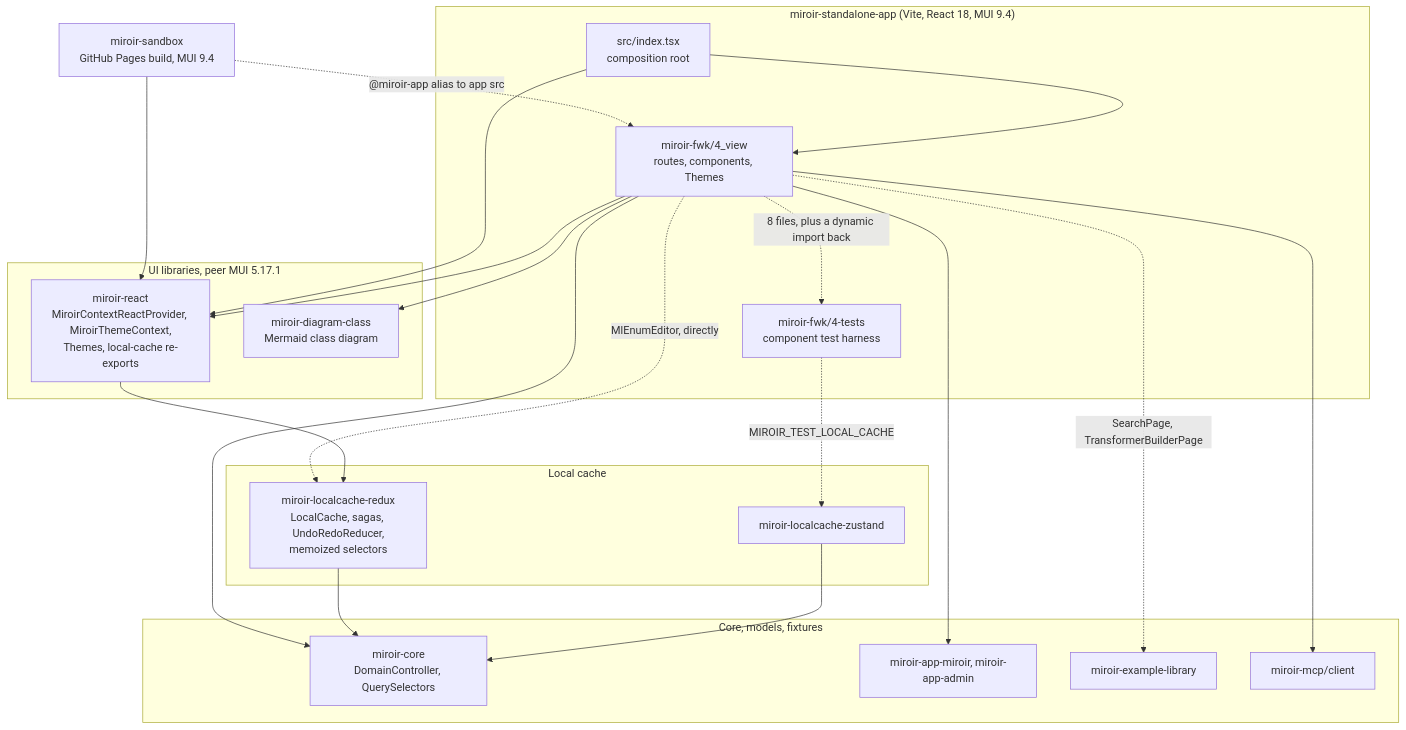
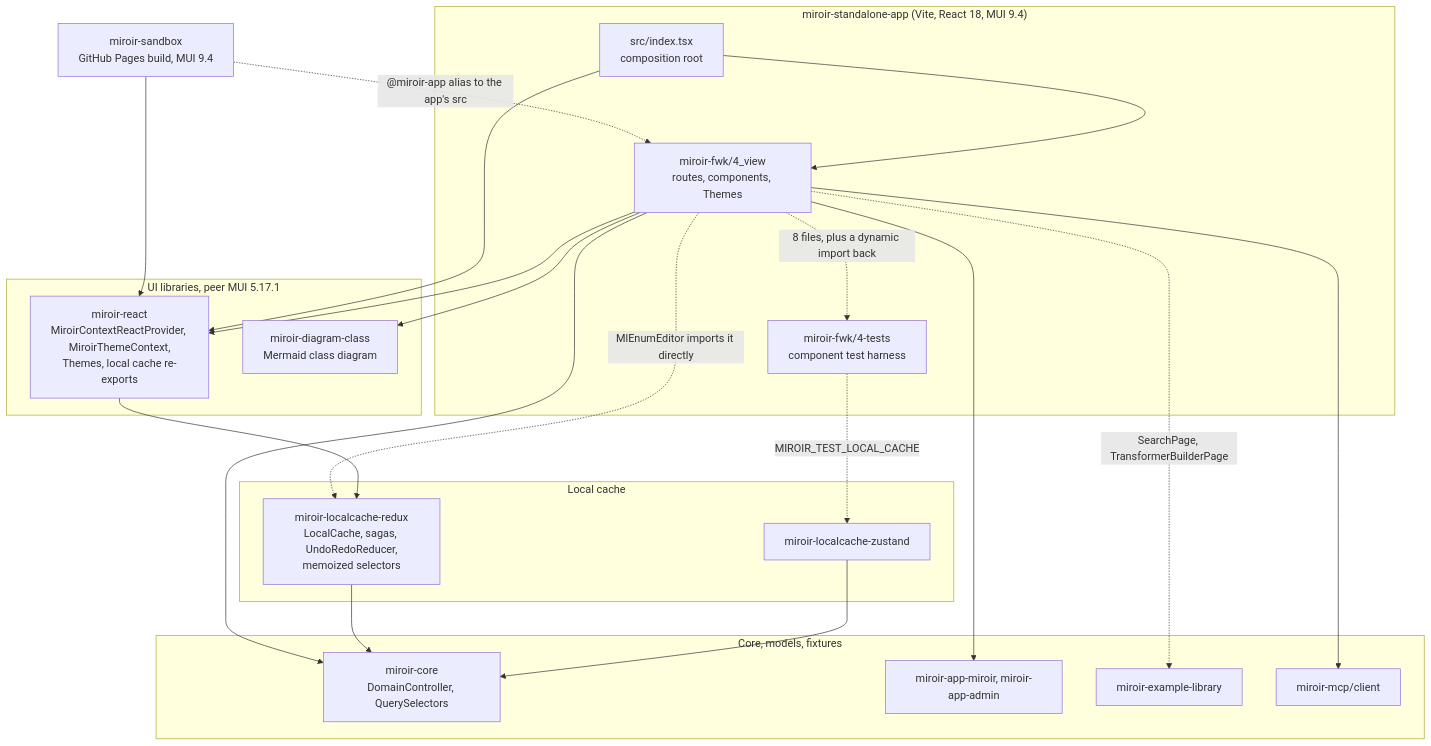
Before and after one commit to miroir-framework/miroir: the first of 7 diagrams in code-helpers/analyses/2026-10-06-UI structure/analysis.md, drawn with Mermaid. The commit also changed other lines of this file and 1 other file, not shown here.

First line of the commit message:
Rewrite the UI architecture review in plain language

````diff
--- a/code-helpers/analyses/2026-10-06-UI structure/analysis.md
+++ b/code-helpers/analyses/2026-10-06-UI structure/analysis.md
@@ -29,39 +31,39 @@
 ```mermaid
 flowchart TB
   sandbox["miroir-sandbox<br/>GitHub Pages build, MUI 9.4"]
   subgraph app["miroir-standalone-app (Vite, React 18, MUI 9.4)"]
     entry["src/index.tsx<br/>composition root"]
     view["miroir-fwk/4_view<br/>routes, components, Themes"]
     tests["miroir-fwk/4-tests<br/>component test harness"]
   end
   subgraph uilibs["UI libraries, peer MUI 5.17.1"]
-    react["miroir-react<br/>MiroirContextReactProvider, MiroirThemeContext,<br/>Themes, local-cache re-exports"]
+    react["miroir-react<br/>MiroirContextReactProvider, MiroirThemeContext,<br/>Themes, local cache re-exports"]
     diag["miroir-diagram-class<br/>Mermaid class diagram"]
   end
   subgraph cache["Local cache"]
     lcr["miroir-localcache-redux<br/>LocalCache, sagas, UndoRedoReducer,<br/>memoized selectors"]
     lcz["miroir-localcache-zustand"]
   end
   subgraph base["Core, models, fixtures"]
     core["miroir-core<br/>DomainController, QuerySelectors"]
     models["miroir-app-miroir, miroir-app-admin"]
     lib["miroir-example-library"]
     mcp["miroir-mcp/client"]
   end
   sandbox --> react
-  sandbox -. "@miroir-app alias to app src" .-> view
+  sandbox -. "@miroir-app alias to the app's src" .-> view
   entry --> view
   entry --> react
   view -. "8 files, plus a dynamic import back" .-> tests
   view --> react
   view --> diag
-  view -. "MlEnumEditor, directly" .-> lcr
+  view -. "MlEnumEditor imports it directly" .-> lcr
   react --> lcr
   tests -. "MIROIR_TEST_LOCAL_CACHE" .-> lcz
   view --> core
   view --> models
   view --> mcp
   view -. "SearchPage, TransformerBuilderPage" .-> lib
   lcr --> core
   lcz --> core
 ```
````
